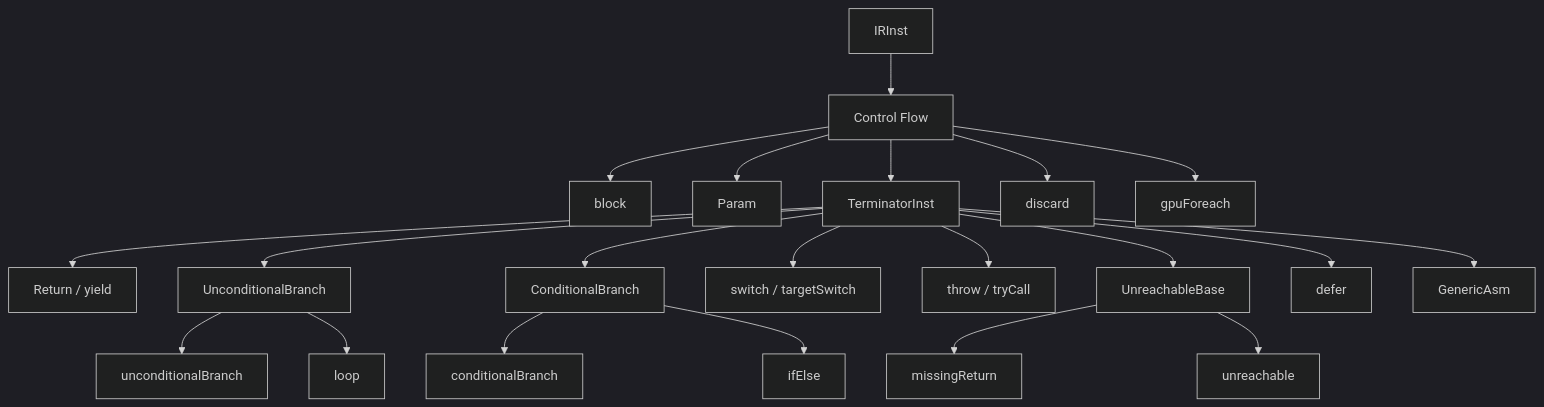
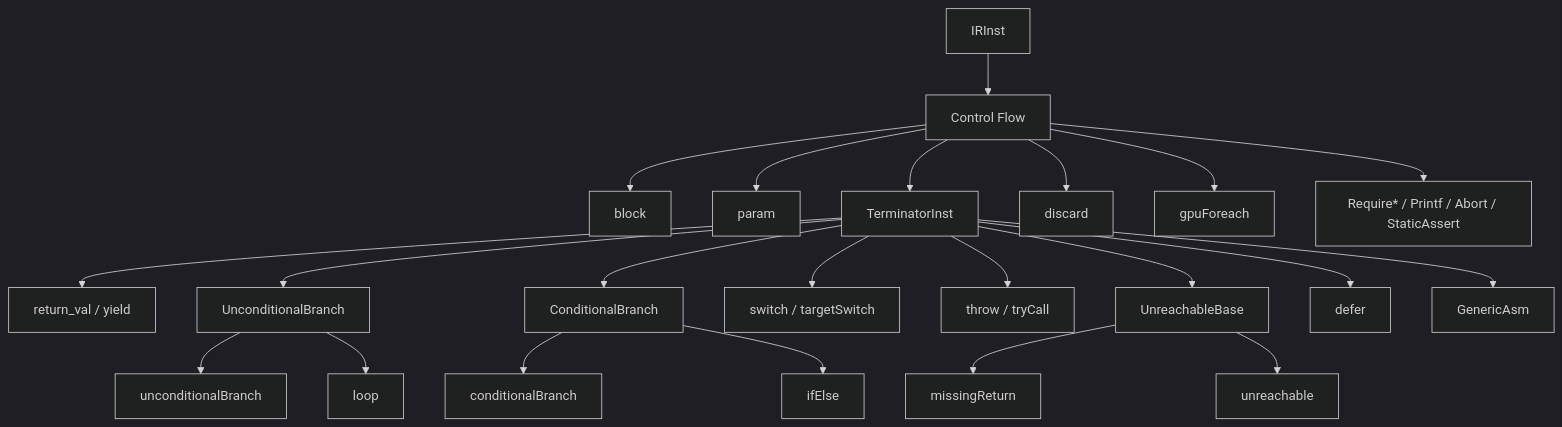
One commit to shader-slang/slang changed the diagram in docs/generated/design/ir-reference/control-flow.md. Above: the diagram before and after it, drawn with Mermaid (dark theme). The commit also changed other lines of this file and 176 other files, not shown here.

````diff
--- a/docs/generated/design/ir-reference/control-flow.md
+++ b/docs/generated/design/ir-reference/control-flow.md
@@ -52,23 +90,24 @@
 ```mermaid
 flowchart TD
   IRInst --> CF[Control Flow]
   CF --> blockNode[block]
-  CF --> paramNode[Param]
+  CF --> paramNode[param]
   CF --> TerminatorInst
   CF --> discardNode[discard]
   CF --> gpuForeachNode[gpuForeach]
-  TerminatorInst --> SimpleReturns["Return / yield"]
+  CF --> BackendHints["Require* / Printf / Abort / StaticAssert"]
+  TerminatorInst --> SimpleReturns["return_val / yield"]
   TerminatorInst --> UnconditionalBranch
   TerminatorInst --> ConditionalBranch
   TerminatorInst --> SwitchOps["switch / targetSwitch"]
   TerminatorInst --> ErrorFlow["throw / tryCall"]
   TerminatorInst --> UnreachableBase
   TerminatorInst --> deferNode[defer]
   TerminatorInst --> GenericAsm
   UnconditionalBranch --> unconditionalBranchNode[unconditionalBranch]
   UnconditionalBranch --> loopNode[loop]
   ConditionalBranch --> conditionalBranchNode[conditionalBranch]
   ConditionalBranch --> ifElseNode[ifElse]
   UnreachableBase --> missingReturnNode[missingReturn]
   UnreachableBase --> unreachableNode[unreachable]
 ```
````
